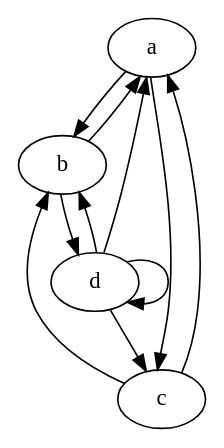
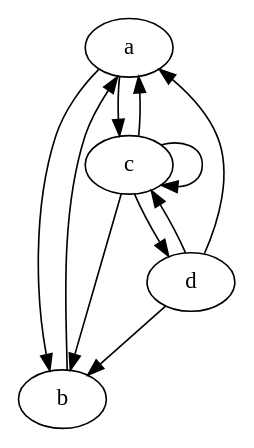
The diagram in test.dot (ShadrinYuri/FLITA_4dz), drawn with Graphviz before and after one commit. The commit also changed 3 other files, not shown here.

```diff
--- a/test.dot
+++ b/test.dot
@@ -1,1 +1,1 @@
-digraph G {a->b;a->c;b->a;b->d;c->a;c->b;d->a;d->b;d->c;d->d;}
+digraph G {a->b;a->c;b->a;c->a;c->b;c->c;c->d;d->a;d->b;d->c;}
```
